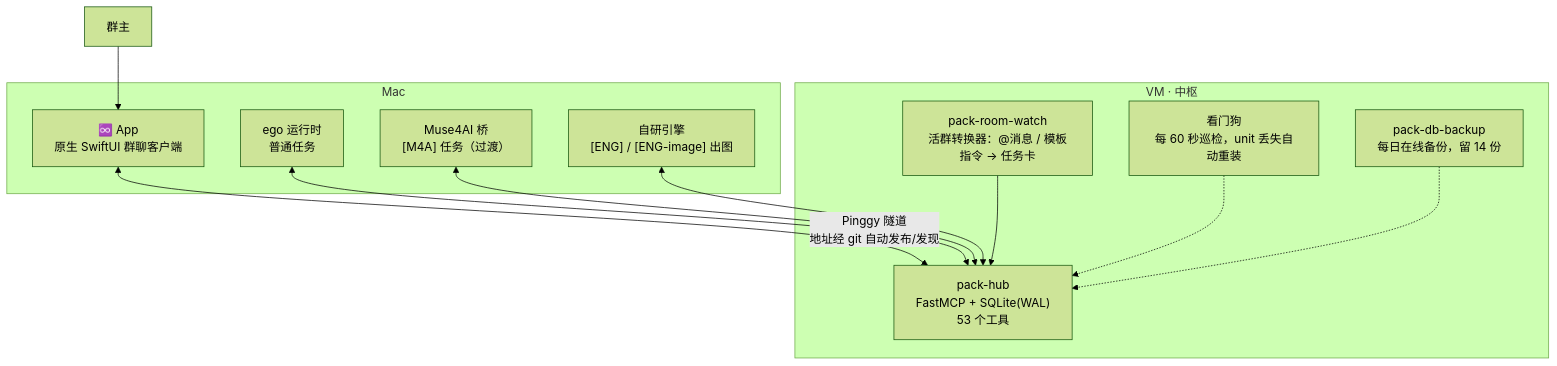
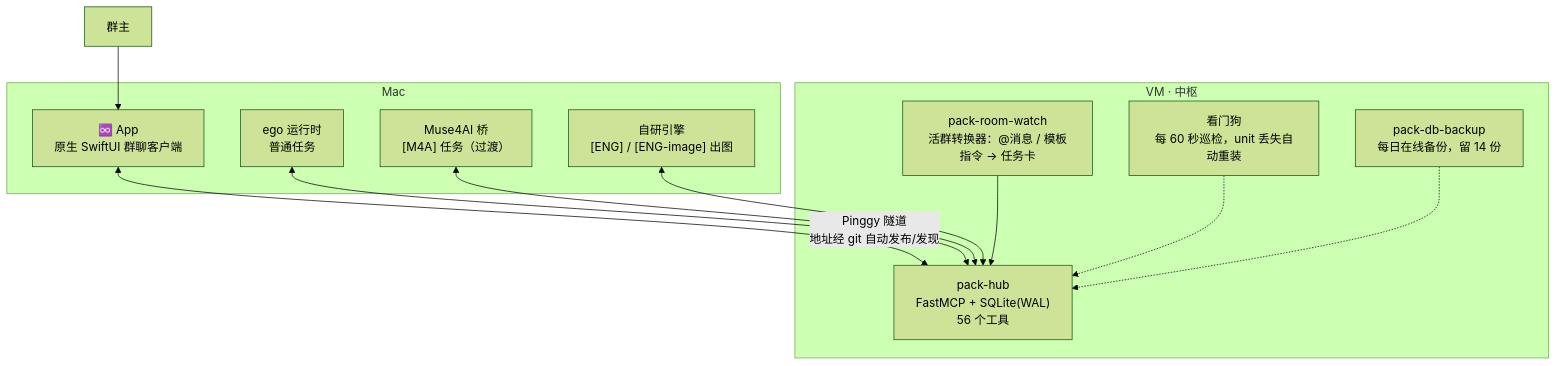
The first of 2 diagrams in README.md (cyou1314/Pack), drawn with Mermaid (forest theme) before and after one commit. The commit also changed other lines of this file, not shown here.

````diff
--- a/README.md
+++ b/README.md
@@ -58,24 +58,24 @@
 ```mermaid
 flowchart TB
     subgraph VM["VM · 中枢"]
-        HUB["pack-hub<br/>FastMCP + SQLite(WAL)<br/>53 个工具"]
+        HUB["pack-hub<br/>FastMCP + SQLite(WAL)<br/>56 个工具"]
         WATCH["pack-room-watch<br/>活群转换器：@消息 / 模板指令 → 任务卡"]
         BAK["pack-db-backup<br/>每日在线备份，留 14 份"]
         DOG["看门狗<br/>每 60 秒巡检，unit 丢失自动重装"]
     end
     subgraph MAC["Mac"]
         APP["♾️ App<br/>原生 SwiftUI 群聊客户端"]
         EGO["ego 运行时<br/>普通任务"]
         BRIDGE["Muse4AI 桥<br/>[M4A] 任务（过渡）"]
         ENG["自研引擎<br/>[ENG] / [ENG-image] 出图"]
     end
     OWNER["群主"]
     OWNER --> APP
     APP <-->|"Pinggy 隧道<br/>地址经 git 自动发布/发现"| HUB
     EGO <--> HUB
     BRIDGE <--> HUB
     ENG <--> HUB
     WATCH --> HUB
     DOG -.-> HUB
     BAK -.-> HUB
 ```
````
